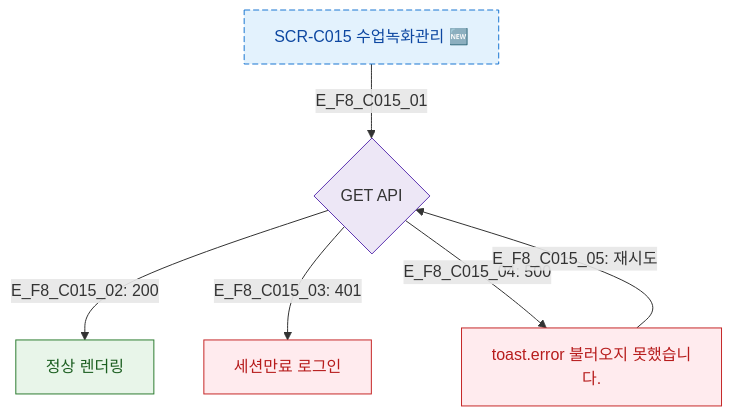
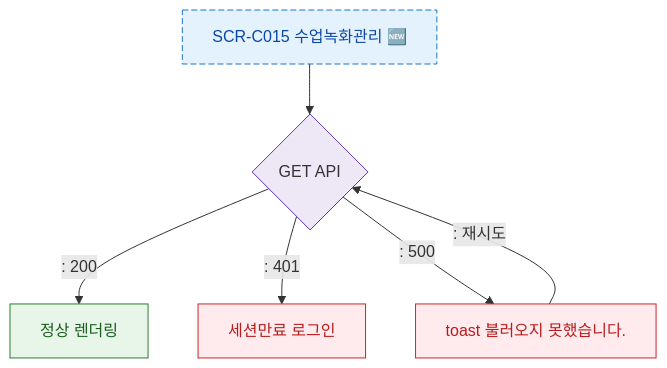
One commit to dev-spogym/admin-pando changed the diagram in docs/다이어그램/D04_수업관리/SCR-C015_수업녹화관리/F8_에러.md. Above: the diagram before and after it, drawn with Mermaid. The commit also changed other lines of this file and 1660 other files, not shown here.

First line of the commit message:
다이어그램: 기획자/클라이언트 납품본으로 정리

````diff
--- a/docs/다이어그램/D04_수업관리/SCR-C015_수업녹화관리/F8_에러.md
+++ b/docs/다이어그램/D04_수업관리/SCR-C015_수업녹화관리/F8_에러.md
@@ -20,19 +18,19 @@
 ```mermaid
 flowchart TD
   SCR_NODE[SCR-C015 수업녹화관리 🆕]
-  SCR_NODE -->|E_F8_C015_01| LoadAPI{GET API}
-  LoadAPI -->|"E_F8_C015_02: 200"| LoadOK[정상 렌더링]
-  LoadAPI -->|"E_F8_C015_03: 401"| SessionExp[세션만료 로그인]
-  LoadAPI -->|"E_F8_C015_04: 500"| LoadErr[toast.error 불러오지 못했습니다.]
-  LoadErr -->|"E_F8_C015_05: 재시도"| LoadAPI
+  SCR_NODE --> LoadAPI{GET API}
+  LoadAPI -->|": 200"|LoadOK[정상 렌더링]
+  LoadAPI -->|": 401"|SessionExp[세션만료 로그인]
+  LoadAPI -->|": 500"|LoadErr[toast 불러오지 못했습니다.]
+  LoadErr -->|": 재시도"|LoadAPI
   classDef screen fill:#E3F2FD,stroke:#1976D2,color:#0D47A1
   classDef system fill:#EDE7F6,stroke:#5E35B2
   classDef success fill:#E8F5E9,stroke:#2E7D32,color:#1B5E20
   classDef error fill:#FFEBEE,stroke:#C62828,color:#B71C1C
   classDef newFeature fill:#F3E5F5,stroke:#7B1FA2,color:#4A148C,stroke-dasharray:6 3
   class SCR_NODE newFeature
   class SCR_NODE screen
   class LoadAPI system
   class LoadOK success
   class LoadErr,SessionExp error
 ```
````
